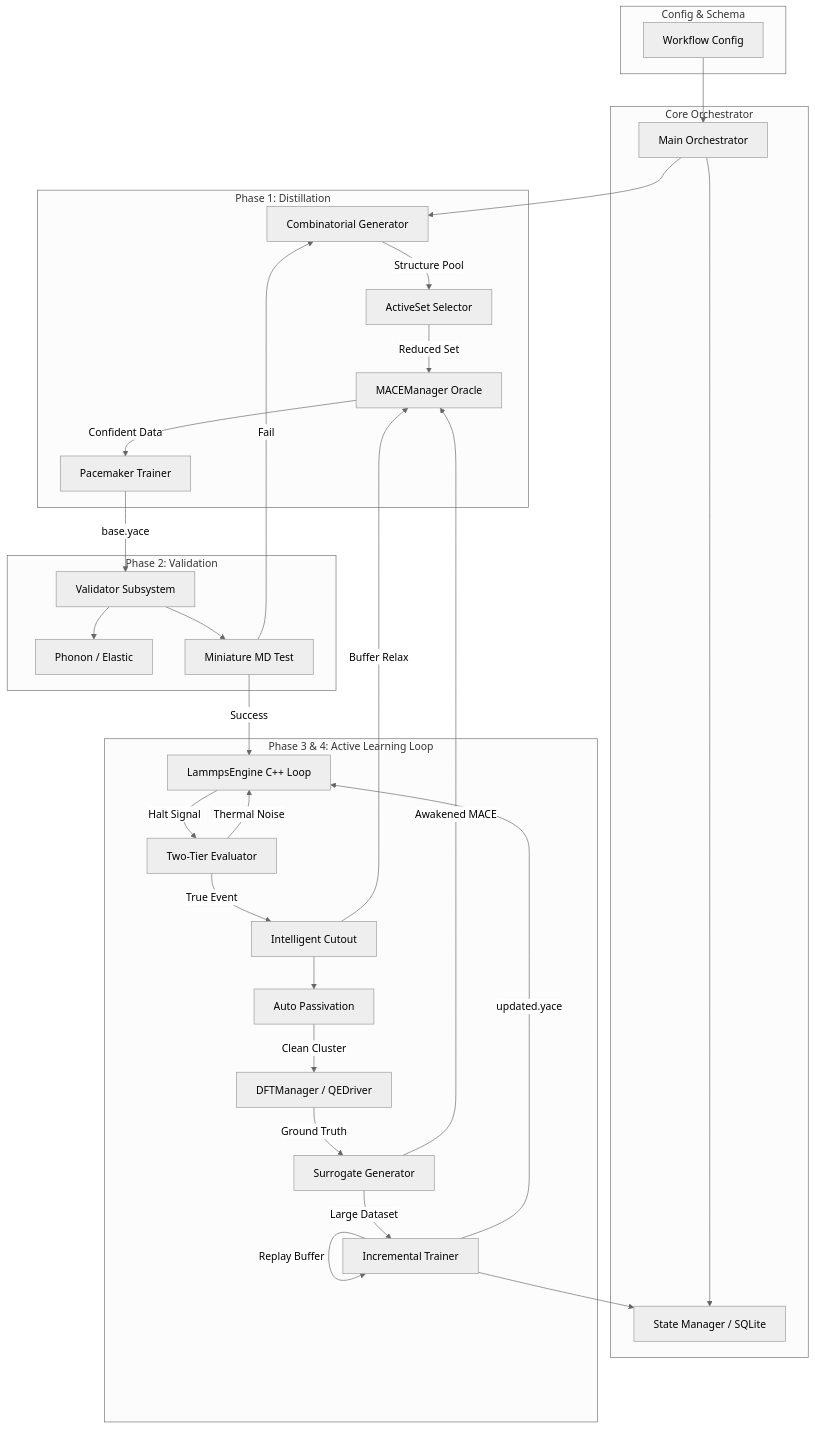
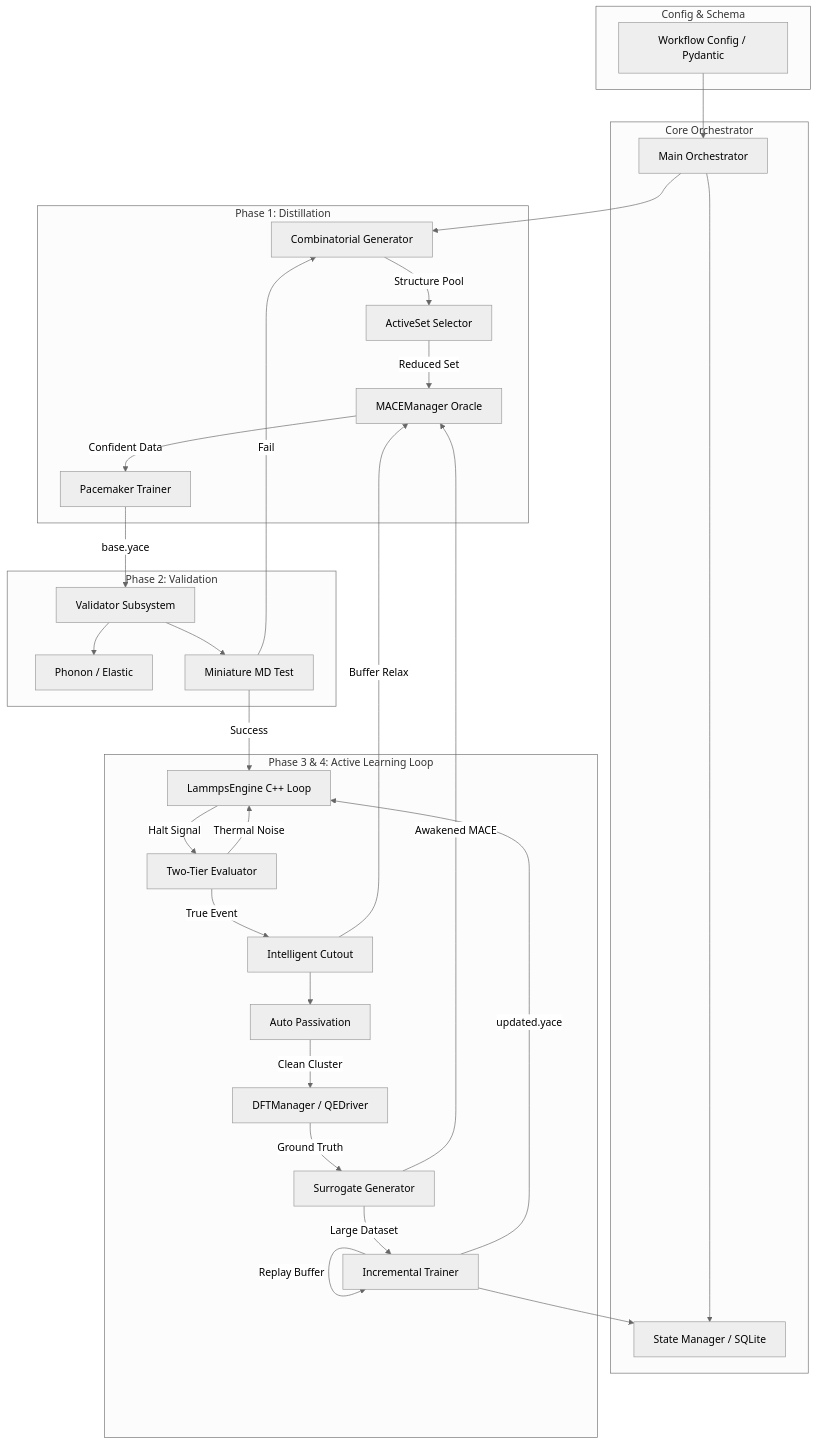
One commit to tsuyama1990/adaptive-mlip changed the diagram in README.md. Above: the diagram before and after it, drawn with Mermaid (neutral theme). The commit also changed other lines of this file and 2 other files, not shown here.

First line of the commit message:
docs: generate SYSTEM_ARCHITECTURE and USER_TEST_SCENARIO and update README

````diff
--- a/README.md
+++ b/README.md
@@ -25,66 +23,66 @@
 ```mermaid
 graph TD
     %% Subsystems
     subgraph Config & Schema
-        CFG[Workflow Config]
+        CFG[Workflow Config / Pydantic]
     end
 
     subgraph Core Orchestrator
         ORCH[Main Orchestrator]
         STATE[State Manager / SQLite]
     end
 
     subgraph Phase 1: Distillation
         P1_GEN[Combinatorial Generator]
         P1_DIR[ActiveSet Selector]
         P1_ORACLE[MACEManager Oracle]
         P1_TRAIN[Pacemaker Trainer]
     end
 
     subgraph Phase 2: Validation
         P2_VAL[Validator Subsystem]
         P2_PHONON[Phonon / Elastic]
         P2_MINIMD[Miniature MD Test]
     end
 
     subgraph Phase 3 & 4: Active Learning Loop
         LAMMPS[LammpsEngine C++ Loop]
         EVAL[Two-Tier Evaluator]
         CUTOUT[Intelligent Cutout]
         PASSIVATE[Auto Passivation]
         DFT[DFTManager / QEDriver]
         SURR[Surrogate Generator]
         DELTA[Incremental Trainer]
     end
 
     %% Flow Phase 1
     CFG --> ORCH
     ORCH --> P1_GEN
     P1_GEN -- Structure Pool --> P1_DIR
     P1_DIR -- Reduced Set --> P1_ORACLE
     P1_ORACLE -- Confident Data --> P1_TRAIN
     P1_TRAIN -- base.yace --> P2_VAL
 
     %% Flow Phase 2
     P2_VAL --> P2_PHONON
     P2_VAL --> P2_MINIMD
     P2_MINIMD -- Success --> LAMMPS
     P2_MINIMD -- Fail --> P1_GEN
 
     %% Flow Phase 3 & 4
     LAMMPS -- Halt Signal --> EVAL
     EVAL -- Thermal Noise --> LAMMPS
     EVAL -- True Event --> CUTOUT
     CUTOUT -- Buffer Relax --> P1_ORACLE
     CUTOUT --> PASSIVATE
     PASSIVATE -- Clean Cluster --> DFT
     DFT -- Ground Truth --> SURR
     SURR -- Awakened MACE --> P1_ORACLE
     SURR -- Large Dataset --> DELTA
     DELTA -- Replay Buffer --> DELTA
     DELTA -- updated.yace --> LAMMPS
 
     %% Storage
     ORCH --> STATE
     DELTA --> STATE
 ```
````
